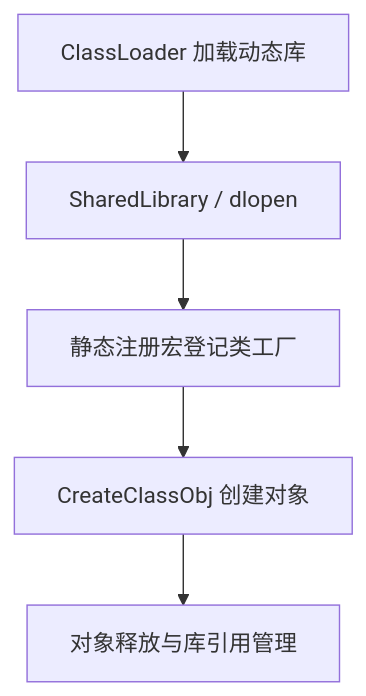
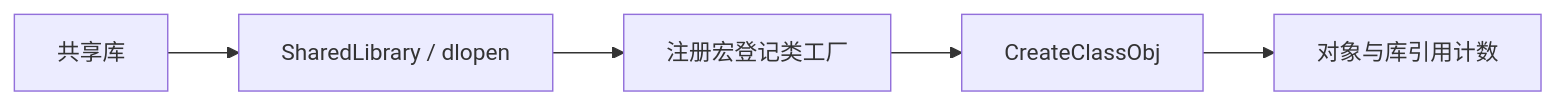
Diagram 11 of 13 in doc/architecture.md (jzh03/cpp_MINI-CyberRT), drawn with Mermaid before and after one commit. The commit also changed other lines of this file and 13 other files, not shown here.

````diff
--- a/doc/architecture.md
+++ b/doc/architecture.md
@@ -477,7 +353,7 @@
 ```mermaid
-flowchart TB
-    SO[ClassLoader 加载动态库] --> DL[SharedLibrary / dlopen]
-    DL --> REG[静态注册宏登记类工厂]
-    REG --> OBJ[CreateClassObj 创建对象]
-    OBJ --> REF[对象释放与库引用管理]
+flowchart LR
+    S[共享库] --> D[SharedLibrary / dlopen]
+    D --> R[注册宏登记类工厂]
+    R --> O[CreateClassObj]
+    O --> C[对象与库引用计数]
 ```
````
